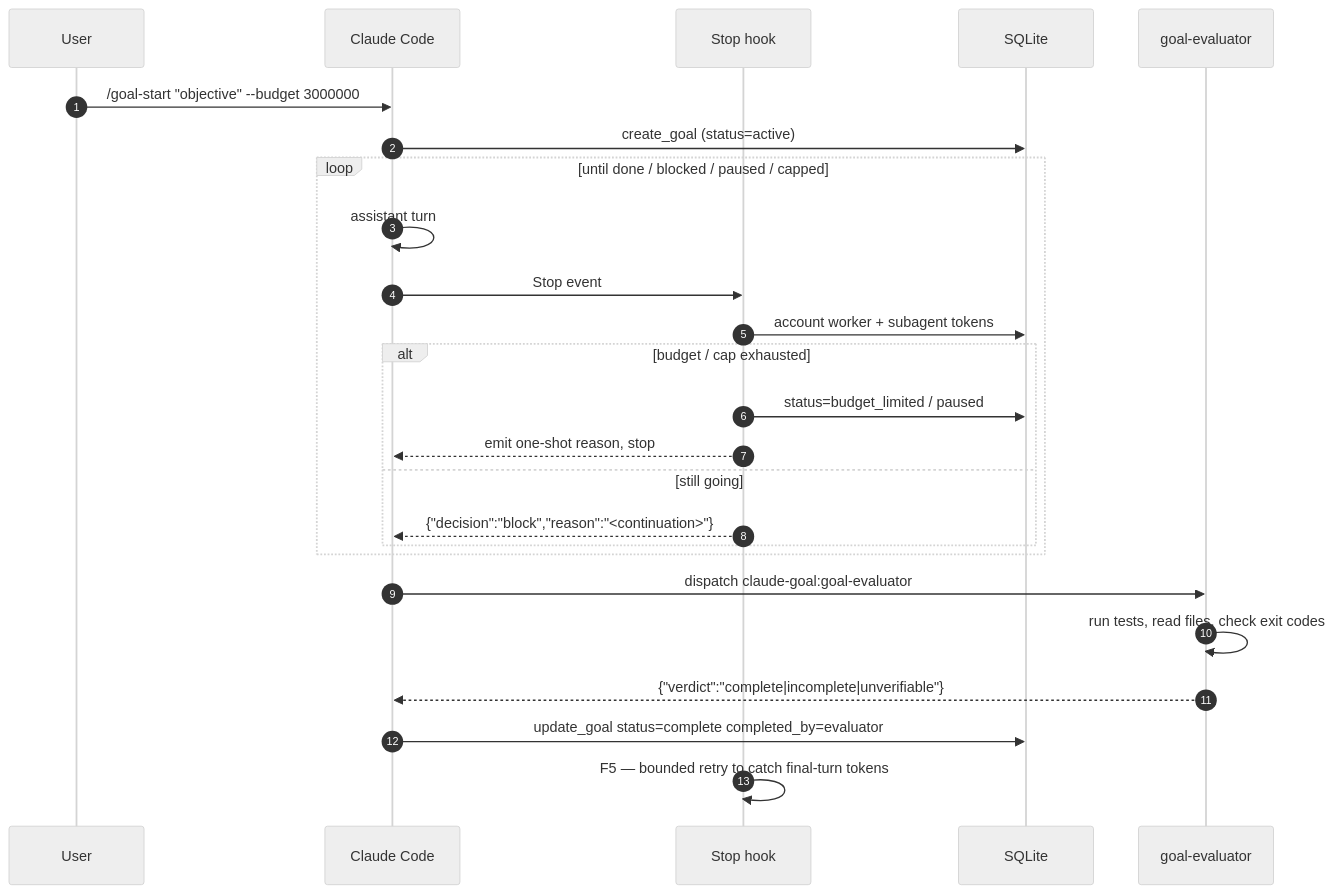
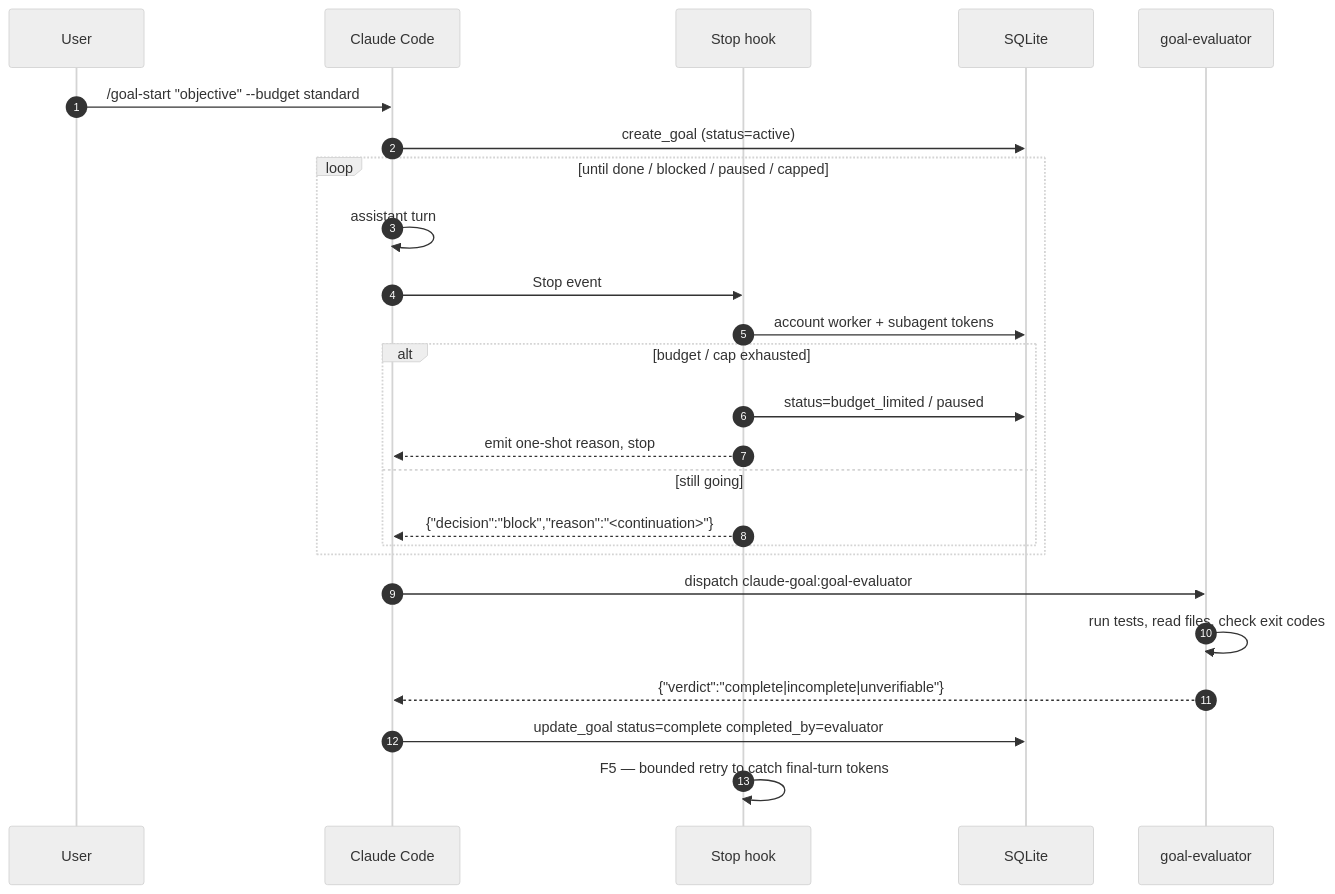
The diagram in docs/src/content/docs/concepts/how-it-works.md (nuko-nova-dynamics/claude-goal), drawn with Mermaid (neutral theme) before and after one commit. The commit also changed other lines of this file and 23 other files, not shown here.

Commit message:
Add smart goal budget profiles

````diff
--- a/docs/src/content/docs/concepts/how-it-works.md
+++ b/docs/src/content/docs/concepts/how-it-works.md
@@ -12,28 +12,28 @@
 ```mermaid
 sequenceDiagram
     autonumber
     participant U as User
     participant CC as Claude Code
     participant H as Stop hook
     participant DB as SQLite
     participant E as goal-evaluator
 
-    U->>CC: /goal-start "objective" --budget 3000000
+    U->>CC: /goal-start "objective" --budget standard
     CC->>DB: create_goal (status=active)
     loop until done / blocked / paused / capped
         CC->>CC: assistant turn
         CC->>H: Stop event
         H->>DB: account worker + subagent tokens
         alt budget / cap exhausted
             H->>DB: status=budget_limited / paused
             H-->>CC: emit one-shot reason, stop
         else still going
             H-->>CC: {"decision":"block","reason":"<continuation>"}
         end
     end
     CC->>E: dispatch claude-goal:goal-evaluator
     E->>E: run tests, read files, check exit codes
     E-->>CC: {"verdict":"complete|incomplete|unverifiable"}
     CC->>DB: update_goal status=complete completed_by=evaluator
     H->>H: F5 — bounded retry to catch final-turn tokens
 ```
````
